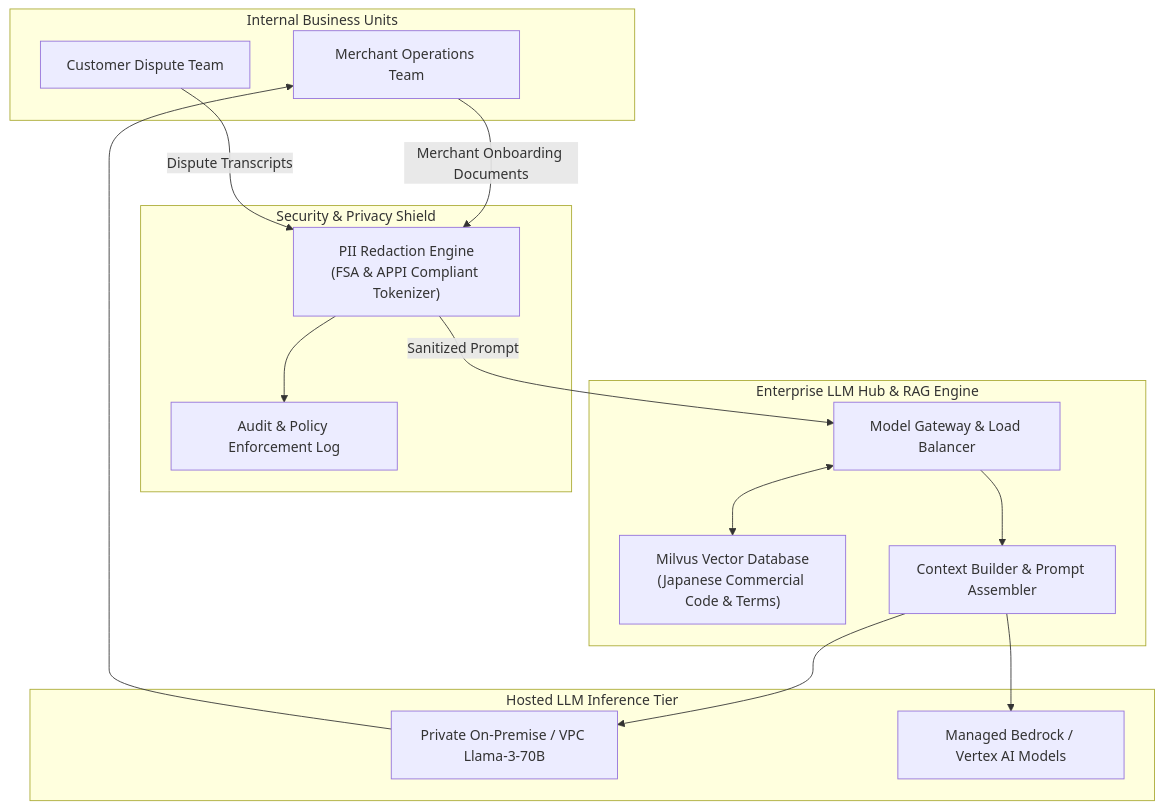
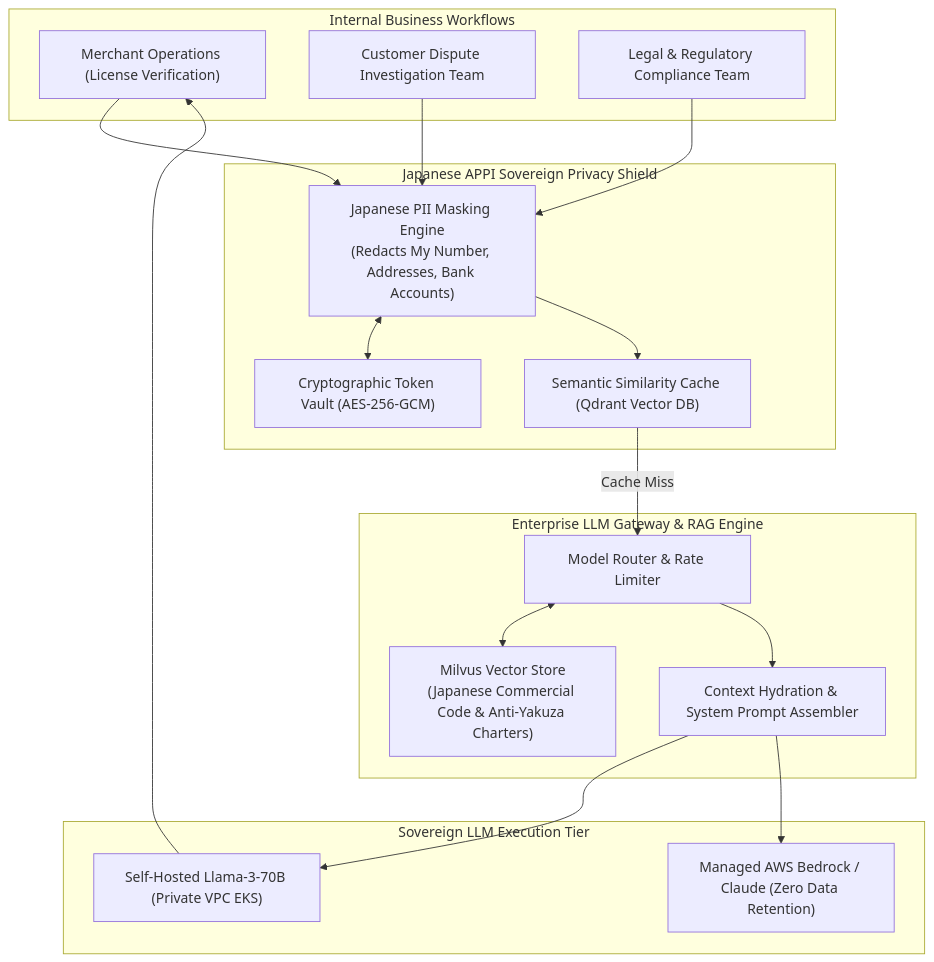
The third of 3 diagrams in content/series/paypay-architecture/part-6-ai-integration-2025.md (vesviet/vesviet), drawn with Mermaid before and after one commit. The commit also changed other lines of this file and 36 other files, not shown here.

Commit message:
feat(sprint-2): upgrade paypay and shopee architecture series to 2027 SOTA masterclass

````diff
--- a/content/series/paypay-architecture/part-6-ai-integration-2025.md
+++ b/content/series/paypay-architecture/part-6-ai-integration-2025.md
@@ -194,36 +355,40 @@
 ```mermaid
 flowchart TD
-    subgraph ClientTeams["Internal Business Units"]
-        MERCH_OPS["Merchant Operations Team"]
-        CUSTOMER_CARE["Customer Dispute Team"]
+    subgraph ClientUnits["Internal Business Workflows"]
+        MERCH_OPS["Merchant Operations (License Verification)"]
+        CUSTOMER_DISPUTE["Customer Dispute Investigation Team"]
+        AUDIT_LEGAL["Legal & Regulatory Compliance Team"]
     end
 
-    subgraph SecurityShield["Security & Privacy Shield"]
-        MASKER["PII Redaction Engine<br/>(FSA & APPI Compliant Tokenizer)"]
-        AUDIT["Audit & Policy Enforcement Log"]
+    subgraph PrivacyShield["Japanese APPI Sovereign Privacy Shield"]
+        NER_MASK["Japanese PII Masking Engine<br/>(Redacts My Number, Addresses, Bank Accounts)"]
+        VAULT["Cryptographic Token Vault (AES-256-GCM)"]
+        SEMANTIC_CACHE["Semantic Similarity Cache (Qdrant Vector DB)"]
     end
 
-    subgraph RAGPlatform["Enterprise LLM Hub & RAG Engine"]
-        ROUTER["Model Gateway & Load Balancer"]
-        VECTOR_DB["Milvus Vector Database<br/>(Japanese Commercial Code & Terms)"]
-        PROMPT_ENG["Context Builder & Prompt Assembler"]
+    subgraph LLMGateway["Enterprise LLM Gateway & RAG Engine"]
+        ROUTER["Model Router & Rate Limiter"]
+        RAG_VEC["Milvus Vector Store<br/>(Japanese Commercial Code & Anti-Yakuza Charters)"]
+        PROMPT_BUILDER["Context Hydration & System Prompt Assembler"]
     end
 
-    subgraph FoundationModels["Hosted LLM Inference Tier"]
-        LLM_PRIVATE["Private On-Premise / VPC Llama-3-70B"]
-        LLM_EXT["Managed Bedrock / Vertex AI Models"]
+    subgraph ModelFleet["Sovereign LLM Execution Tier"]
+        LOCAL_LLM["Self-Hosted Llama-3-70B (Private VPC EKS)"]
+        MANAGED_LLM["Managed AWS Bedrock / Claude (Zero Data Retention)"]
     end
 
-    MERCH_OPS -->|Merchant Onboarding Documents| MASKER
-    CUSTOMER_CARE -->|Dispute Transcripts| MASKER
+    MERCH_OPS --> NER_MASK
+    CUSTOMER_DISPUTE --> NER_MASK
+    AUDIT_LEGAL --> NER_MASK
 
-    MASKER --> AUDIT
-    MASKER -->|Sanitized Prompt| ROUTER
+    NER_MASK <--> VAULT
+    NER_MASK --> SEMANTIC_CACHE
+    SEMANTIC_CACHE -->|Cache Miss| ROUTER
 
-    ROUTER <--> VECTOR_DB
-    ROUTER --> PROMPT_ENG
-    PROMPT_ENG --> LLM_PRIVATE
-    PROMPT_ENG --> LLM_EXT
+    ROUTER <--> RAG_VEC
+    ROUTER --> PROMPT_BUILDER
+    PROMPT_BUILDER --> LOCAL_LLM
+    PROMPT_BUILDER --> MANAGED_LLM
 
-    LLM_PRIVATE --> MERCH_OPS
+    LOCAL_LLM --> MERCH_OPS
 ```
````
